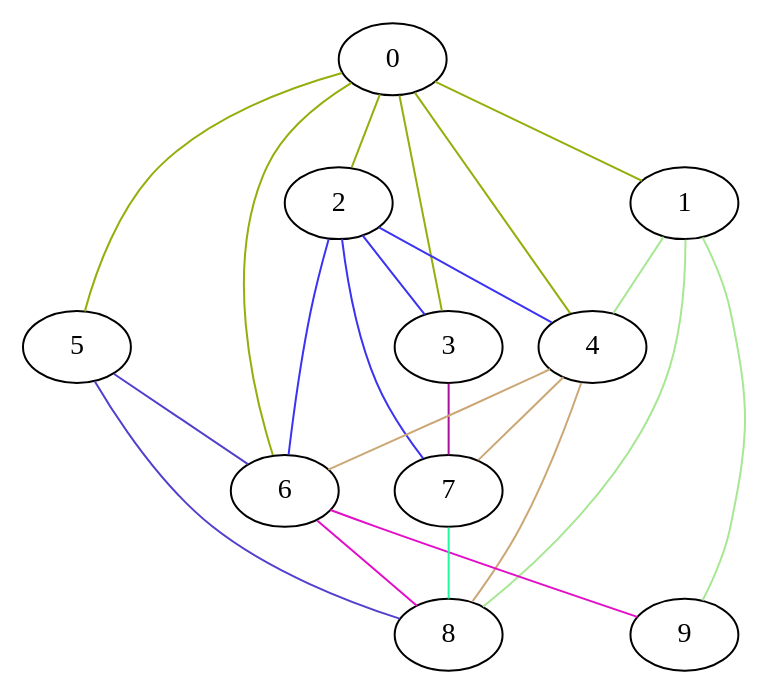
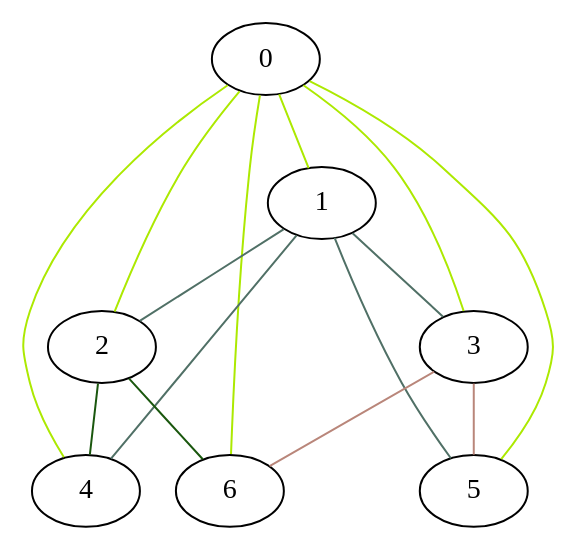
Before and after one commit to homoglobina/ChinesePostmen: the diagram in graph.dot, drawn with Graphviz. The commit also changed 21 other files, not shown here.

```diff
--- a/graph.dot
+++ b/graph.dot
@@ -1,24 +1,16 @@
 graph G {
-  0 -- 1 [color="#94ae0c"];
-  0 -- 2 [color="#94ae0c"];
-  0 -- 3 [color="#94ae0c"];
-  0 -- 4 [color="#94ae0c"];
-  0 -- 5 [color="#94ae0c"];
-  0 -- 6 [color="#94ae0c"];
-  1 -- 4 [color="#a6e792"];
-  1 -- 8 [color="#a6e792"];
-  1 -- 9 [color="#a6e792"];
-  2 -- 3 [color="#3b32f2"];
-  2 -- 4 [color="#3b32f2"];
-  2 -- 6 [color="#3b32f2"];
-  2 -- 7 [color="#3b32f2"];
-  3 -- 7 [color="#a6109b"];
-  4 -- 6 [color="#cca776"];
-  4 -- 7 [color="#cca776"];
-  4 -- 8 [color="#cca776"];
-  5 -- 6 [color="#5140cd"];
-  5 -- 8 [color="#5140cd"];
-  6 -- 8 [color="#e30ec7"];
-  6 -- 9 [color="#e30ec7"];
-  7 -- 8 [color="#1ffb9c"];
+  0 -- 1 [color="#ace901"];
+  0 -- 2 [color="#ace901"];
+  0 -- 3 [color="#ace901"];
+  0 -- 4 [color="#ace901"];
+  0 -- 5 [color="#ace901"];
+  0 -- 6 [color="#ace901"];
+  1 -- 2 [color="#507066"];
+  1 -- 3 [color="#507066"];
+  1 -- 4 [color="#507066"];
+  1 -- 5 [color="#507066"];
+  2 -- 4 [color="#1a570e"];
+  2 -- 6 [color="#1a570e"];
+  3 -- 5 [color="#b9867a"];
+  3 -- 6 [color="#b9867a"];
 }
```
